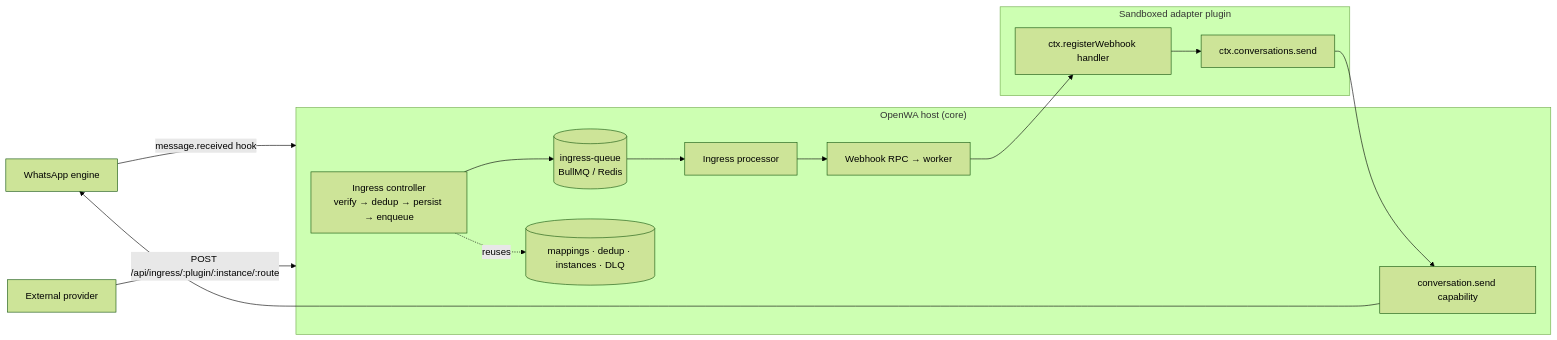
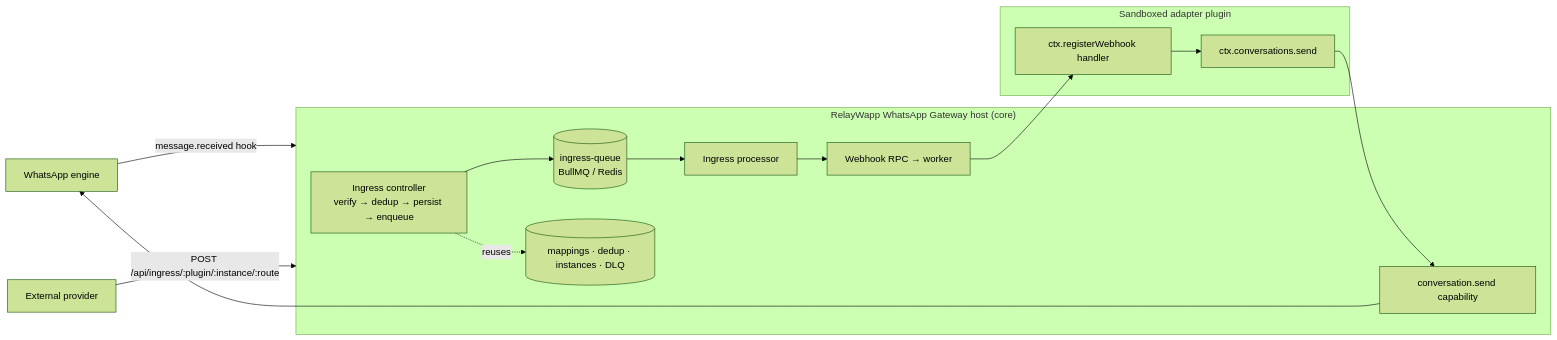
Before and after one commit to FaisalKabirGalib/whitelabel-whatsapp-gateway: the diagram in docs/25-integration-fabric.md, drawn with Mermaid (forest theme). The commit also changed other lines of this file and 51 other files, not shown here.

Commit message:
docs: rebrand documentation for RelayWapp

````diff
--- a/docs/25-integration-fabric.md
+++ b/docs/25-integration-fabric.md
@@ -58,24 +58,24 @@
 ```mermaid
 flowchart LR
     WA[WhatsApp engine] -- message.received hook --> Core
     Provider[External provider] -- POST /api/ingress/:plugin/:instance/:route --> Core
 
-    subgraph Core["OpenWA host (core)"]
+    subgraph Core["RelayWapp WhatsApp Gateway host (core)"]
         Ingress[Ingress controller<br/>verify → dedup → persist → enqueue]
         Queue[(ingress-queue<br/>BullMQ / Redis)]
         Processor[Ingress processor]
         RPC[Webhook RPC → worker]
         Cap[conversation.send capability]
         Tables[(mappings · dedup · instances · DLQ)]
         Ingress --> Queue --> Processor --> RPC
     end
 
     subgraph Plugin["Sandboxed adapter plugin"]
         Handler[ctx.registerWebhook handler]
         Send[ctx.conversations.send]
     end
 
     RPC --> Handler
     Handler --> Send --> Cap --> WA
     Ingress -. reuses .-> Tables
 ```
````
